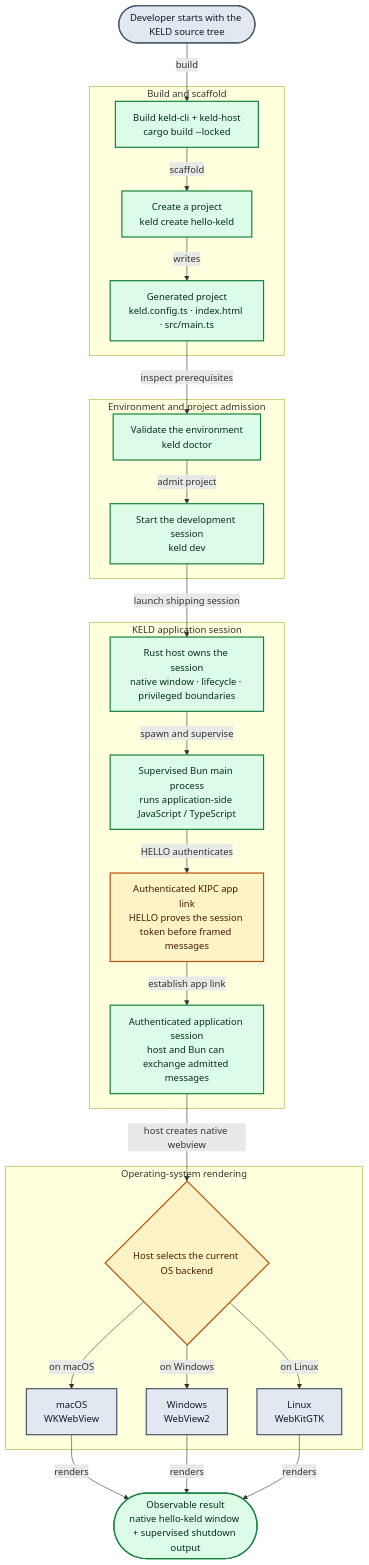
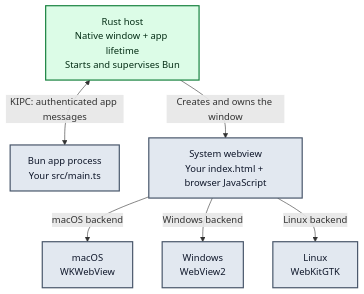
Before and after one commit to gyldlab/keld: the first of 2 diagrams in README.md, drawn with Mermaid. The commit also changed other lines of this file, not shown here.

````diff
--- a/README.md
+++ b/README.md
@@ -62,58 +141,23 @@
 ```mermaid
 flowchart TB
-    accTitle: From source to a running KELD desktop app
-    accDescr: A developer builds KELD, scaffolds and validates an app, starts a supervised Rust and Bun session, authenticates KIPC, selects the current operating-system webview, and observes a native hello-keld window plus shutdown output.
-    START(["Developer starts with the KELD source tree"])
+    accTitle: Current KELD runtime responsibilities
+    accDescr: The Rust host owns the native window and application session and starts and supervises a separate Bun process. Bun runs the app's main TypeScript and exchanges authenticated KIPC messages with the host. The host creates a system webview to render the app's HTML, using WKWebView on macOS, WebView2 on Windows, or WebKitGTK on Linux. A general renderer-to-host bridge is not shown because it is not implemented.
 
-    subgraph BUILD["Build and scaffold"]
-        BUILDCLI["Build keld-cli + keld-host<br/>cargo build --locked"]
-        CREATE["Create a project<br/>keld create hello-keld"]
-        PROJECT["Generated project<br/>keld.config.ts · index.html · src/main.ts"]
-    end
+    HOST["Rust host<br/>Native window + app lifetime<br/>Starts and supervises Bun"]
+    BUN["Bun app process<br/>Your src/main.ts"]
+    VIEW["System webview<br/>Your index.html + browser JavaScript"]
+    MAC["macOS<br/>WKWebView"]
+    WIN["Windows<br/>WebView2"]
+    LINUX["Linux<br/>WebKitGTK"]
 
-    subgraph VALIDATE["Environment and project admission"]
-        DOCTOR["Validate the environment<br/>keld doctor"]
-        DEV["Start the development session<br/>keld dev"]
-    end
-
-    subgraph SESSION["KELD application session"]
-        HOST["Rust host owns the session<br/>native window · lifecycle · privileged boundaries"]
-        BUN["Supervised Bun main process<br/>runs application-side JavaScript / TypeScript"]
-        KIPC["Authenticated KIPC app link<br/>HELLO proves the session token before framed messages"]
-        ADMITTED["Authenticated application session<br/>host and Bun can exchange admitted messages"]
-    end
-
-    subgraph PLATFORM["Operating-system rendering"]
-        SELECT{"Host selects the current OS backend"}
-        MAC["macOS<br/>WKWebView"]
-        WINDOWS["Windows<br/>WebView2"]
-        LINUX["Linux<br/>WebKitGTK"]
-    end
-
-    RESULT(["Observable result<br/>native hello-keld window + supervised shutdown output"])
-
-    START -->|"build"| BUILDCLI
-    BUILDCLI -->|"scaffold"| CREATE
-    CREATE -->|"writes"| PROJECT
-    PROJECT -->|"inspect prerequisites"| DOCTOR
-    DOCTOR -->|"admit project"| DEV
-    DEV -->|"launch shipping session"| HOST
-    HOST -->|"spawn and supervise"| BUN
-    BUN -->|"HELLO authenticates"| KIPC
-    KIPC -->|"establish app link"| ADMITTED
-    ADMITTED -->|"host creates native webview"| SELECT
-    SELECT -->|"on macOS"| MAC
-    SELECT -->|"on Windows"| WINDOWS
-    SELECT -->|"on Linux"| LINUX
-    MAC -->|"renders"| RESULT
-    WINDOWS -->|"renders"| RESULT
-    LINUX -->|"renders"| RESULT
+    HOST <-->|"KIPC: authenticated app messages"| BUN
+    HOST -->|"Creates and owns the window"| VIEW
+    VIEW -->|"macOS backend"| MAC
+    VIEW -->|"Windows backend"| WIN
+    VIEW -->|"Linux backend"| LINUX
 
     classDef current fill:#dcfce7,stroke:#15803d,color:#052e16,stroke-width:2px
-    classDef gate fill:#fef3c7,stroke:#b45309,color:#451a03,stroke-width:2px
     classDef external fill:#e2e8f0,stroke:#475569,color:#0f172a,stroke-width:2px
-
-    class BUILDCLI,CREATE,PROJECT,DOCTOR,DEV,HOST,BUN,ADMITTED,RESULT current;
-    class KIPC,SELECT gate;
-    class START,MAC,WINDOWS,LINUX external;
+    class HOST current;
+    class BUN,VIEW,MAC,WIN,LINUX external;
 ```
````
